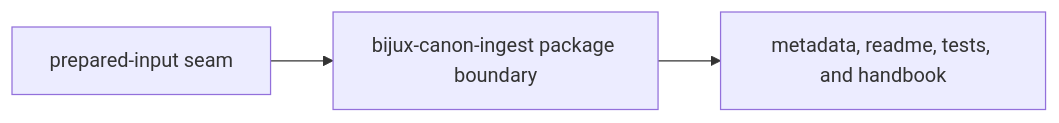
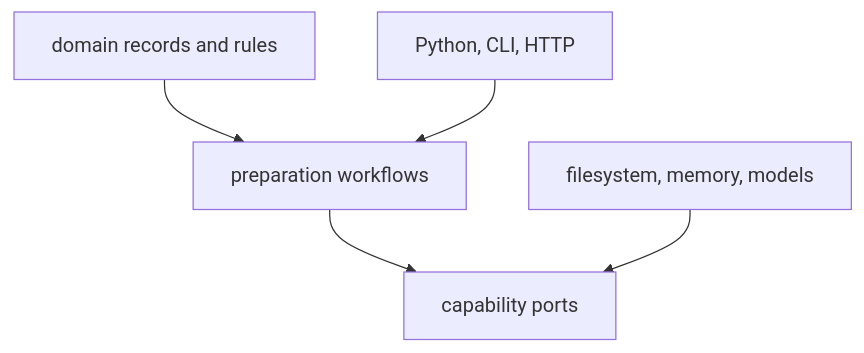
Before and after one commit to bijux/bijux-canon: the second of 2 diagrams in docs/02-bijux-canon-ingest/foundation/repository-fit.md, drawn with Mermaid. The commit also changed other lines of this file and 2 other files, not shown here.

Commit message:
docs(ingest): define preparation ownership invariants

````diff
--- a/docs/02-bijux-canon-ingest/foundation/repository-fit.md
+++ b/docs/02-bijux-canon-ingest/foundation/repository-fit.md
@@ -16,8 +61,12 @@
 ```mermaid
-flowchart LR
-    seam["prepared-input seam"]
-    package["bijux-canon-ingest package boundary"]
-    proof["metadata, readme, tests, and handbook"]
+flowchart TD
+    domain["domain records and rules"]
+    application["preparation workflows"]
+    ports["capability ports"]
+    adapters["filesystem, memory, models"]
+    interfaces["Python, CLI, HTTP"]
 
-    seam --> package --> proof
+    domain --> application --> ports
+    adapters --> ports
+    interfaces --> application
 ```
````
